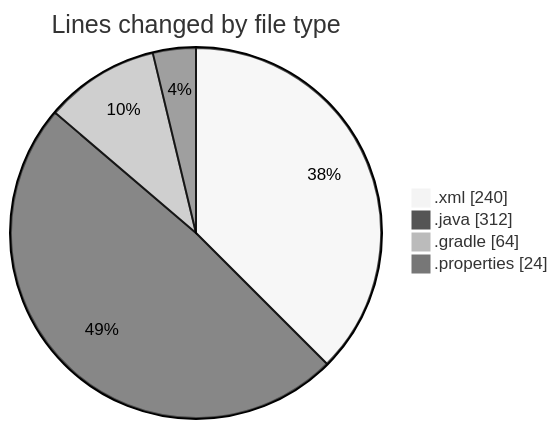
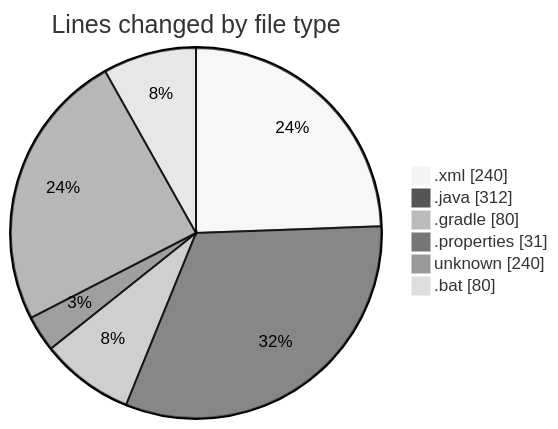
Before and after one commit to CELIANVF/code-tracking: the first of 2 diagrams in 2025-05-30/archery_sum/README.md, drawn with Mermaid (neutral theme). The commit also changed other lines of this file and 1 other file, not shown here.

````diff
--- a/2025-05-30/archery_sum/README.md
+++ b/2025-05-30/archery_sum/README.md
@@ -34,8 +37,10 @@
 ```mermaid
 pie showData
 title Lines changed by file type
 ".xml" : 240
 ".java" : 312
-".gradle" : 64
-".properties" : 24
+".gradle" : 80
+".properties" : 31
+"unknown" : 240
+".bat" : 80
 ```
````
